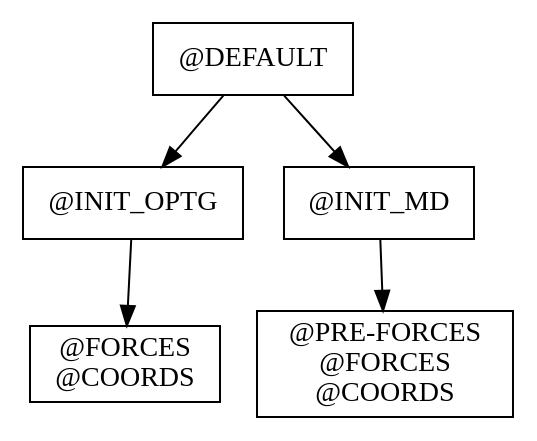
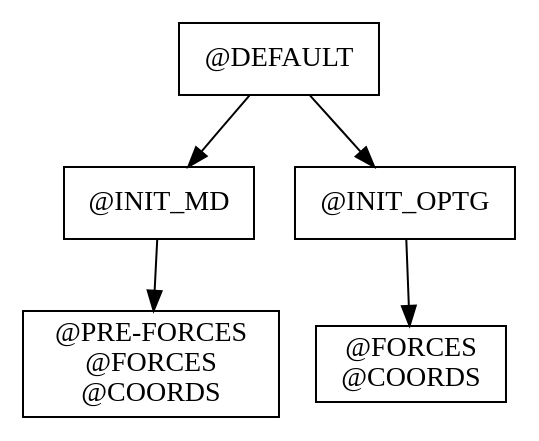
The diagram in report/graphs/node-report.gv (MolSSI-MDI/MDI_lammps), drawn with Graphviz before and after one commit. The commit also changed other lines of this file and 1 other file, not shown here.

```diff
--- a/report/graphs/node-report.gv
+++ b/report/graphs/node-report.gv
@@ -1,15 +1,15 @@
 // Node Report
 digraph {
-	"@INIT_OPTG" [label="@INIT_OPTG" shape=box]
+	"@DEFAULT" [label="@DEFAULT" shape=box]
+	"@INIT_MD" [label="@INIT_MD" shape=box]
 	"@INIT_MD_" [label="@PRE-FORCES
 @FORCES
 @COORDS" shape=box]
-	"@DEFAULT" [label="@DEFAULT" shape=box]
+	"@INIT_OPTG" [label="@INIT_OPTG" shape=box]
 	"@INIT_OPTG_" [label="@FORCES
 @COORDS" shape=box]
-	"@INIT_MD" [label="@INIT_MD" shape=box]
 	"@DEFAULT" -> "@INIT_MD"
 	"@DEFAULT" -> "@INIT_OPTG"
 	"@INIT_MD" -> "@INIT_MD_"
 	"@INIT_OPTG" -> "@INIT_OPTG_"
 }
```
